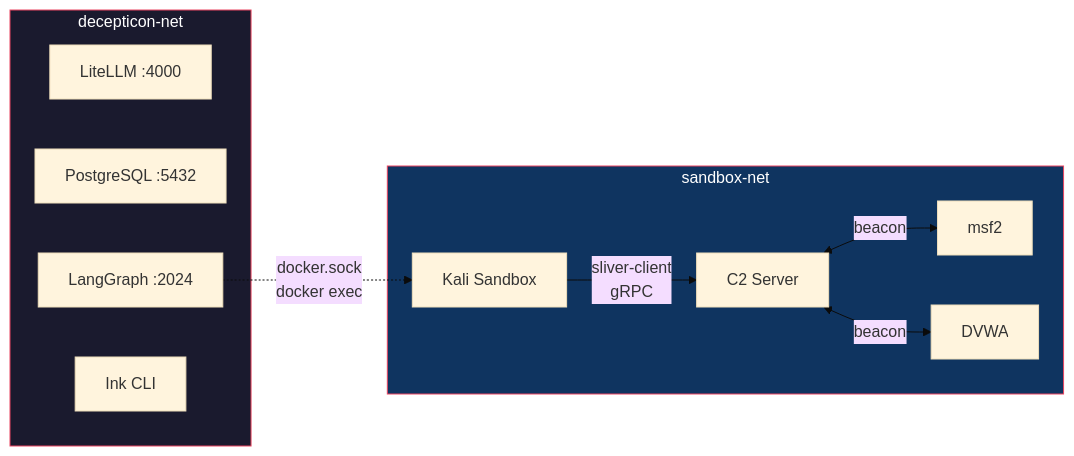
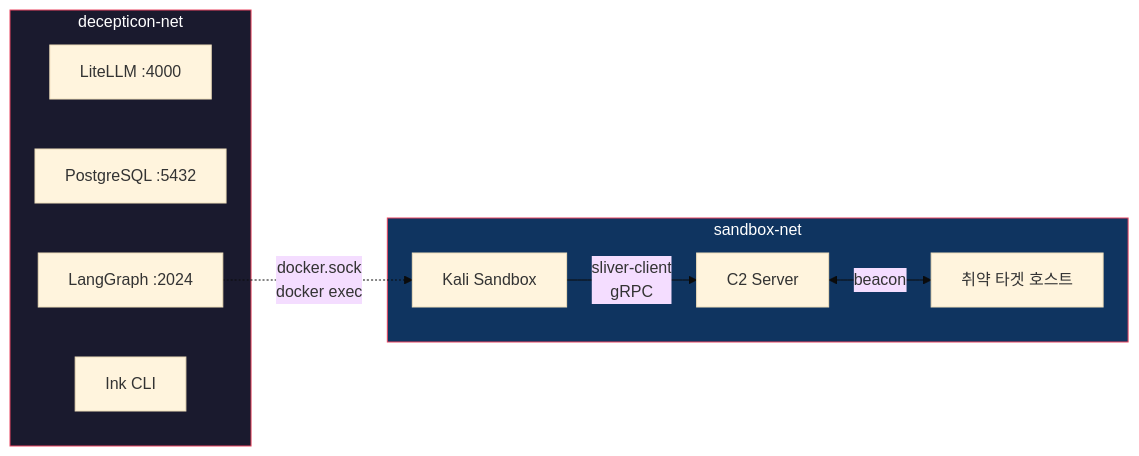
The third of 12 diagrams in docs/architecture/red-team-infrastructure.md (musicsms/decepticon), drawn with Mermaid (base theme) before and after one commit. The commit also changed other lines of this file and 19 other files, not shown here.

````diff
--- a/docs/architecture/red-team-infrastructure.md
+++ b/docs/architecture/red-team-infrastructure.md
@@ -150,24 +147,22 @@
 ```mermaid
 graph LR
     subgraph decepticon-net
         A[LiteLLM :4000]
         B[PostgreSQL :5432]
         C[LangGraph :2024]
         D[Ink CLI]
     end
 
     subgraph sandbox-net
         E[Kali Sandbox]
         F[C2 Server]
-        G[msf2]
-        H[DVWA]
+        T[취약 타겟 호스트]
     end
 
     C -.->|docker.sock<br/>docker exec| E
     E -->|sliver-client<br/>gRPC| F
-    F <-->|beacon| G
-    F <-->|beacon| H
+    F <-->|beacon| T
 
     style decepticon-net fill:#1a1a2e,stroke:#e94560,color:#fff
     style sandbox-net fill:#0f3460,stroke:#e94560,color:#fff
 ```
````
